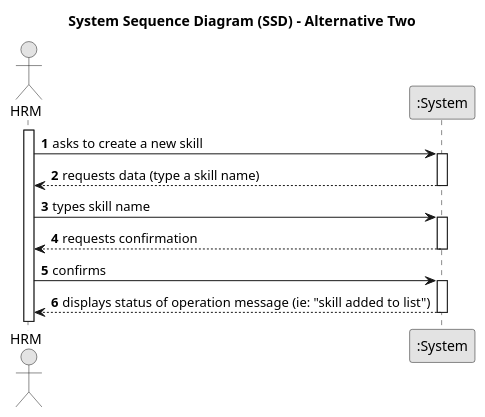
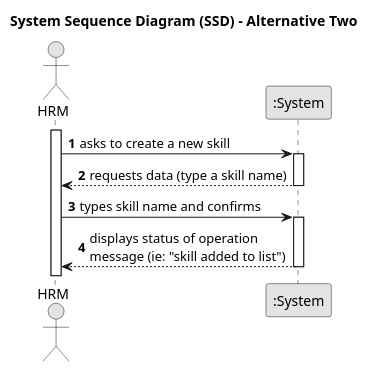
The diagram in docs/sprintB/us001/01.requirements-engineering/puml/us001-system-sequence-diagram-alternative-one.puml (Departamento-de-Engenharia-Informatica/lei-24-s2-1do-g164), drawn with PlantUML before and after one commit. The commit also changed 2 other files, not shown here.

Commit message:
US1(docs): changes the sequence diagrams relating to unnecessary confirmation requests

```diff
--- a/docs/sprintB/us001/01.requirements-engineering/puml/us001-system-sequence-diagram-alternative-one.puml
+++ b/docs/sprintB/us001/01.requirements-engineering/puml/us001-system-sequence-diagram-alternative-one.puml
@@ -1,33 +1,29 @@
 @startuml
 skinparam monochrome true
 skinparam packageStyle rectangle
 skinparam shadowing false
 
 title System Sequence Diagram (SSD) - Alternative Two
 
 autonumber
 
 actor "HRM" as Employee
 participant ":System" as System
 
 activate Employee
 
     Employee -> System : asks to create a new skill
     activate System
 
     System --> Employee : requests data (type a skill name)
     deactivate System
 
-    Employee -> System : types skill name
+    Employee -> System : types skill name and confirms
     activate System
 
-    Employee <-- System : requests confirmation
-    deactivate System
 
-    Employee -> System : confirms
-    activate System
 
-    System --> Employee : displays status of operation message (ie: "skill added to list")
+    System --> Employee : displays status of operation \nmessage (ie: "skill added to list")
     deactivate System
 
 @enduml
```
